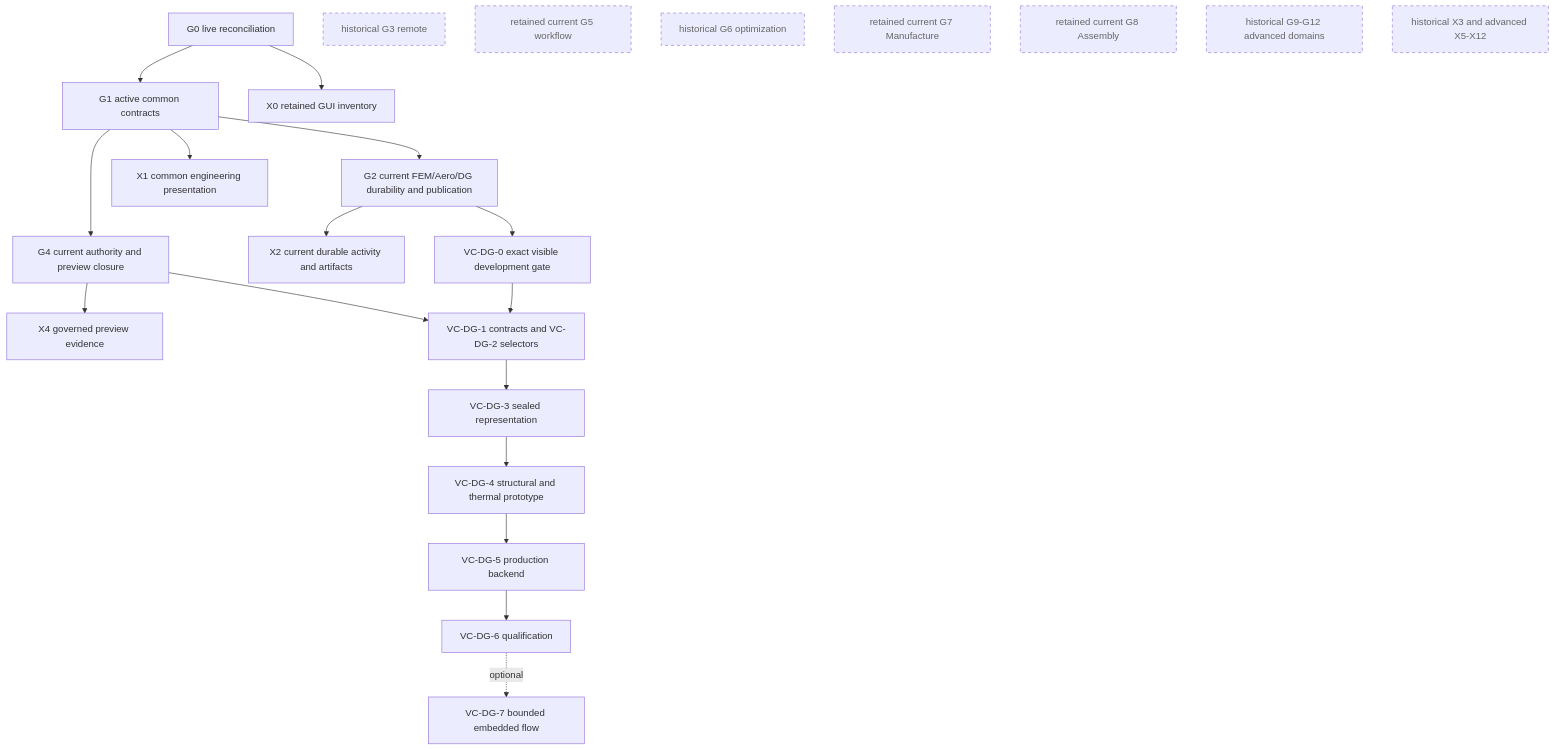
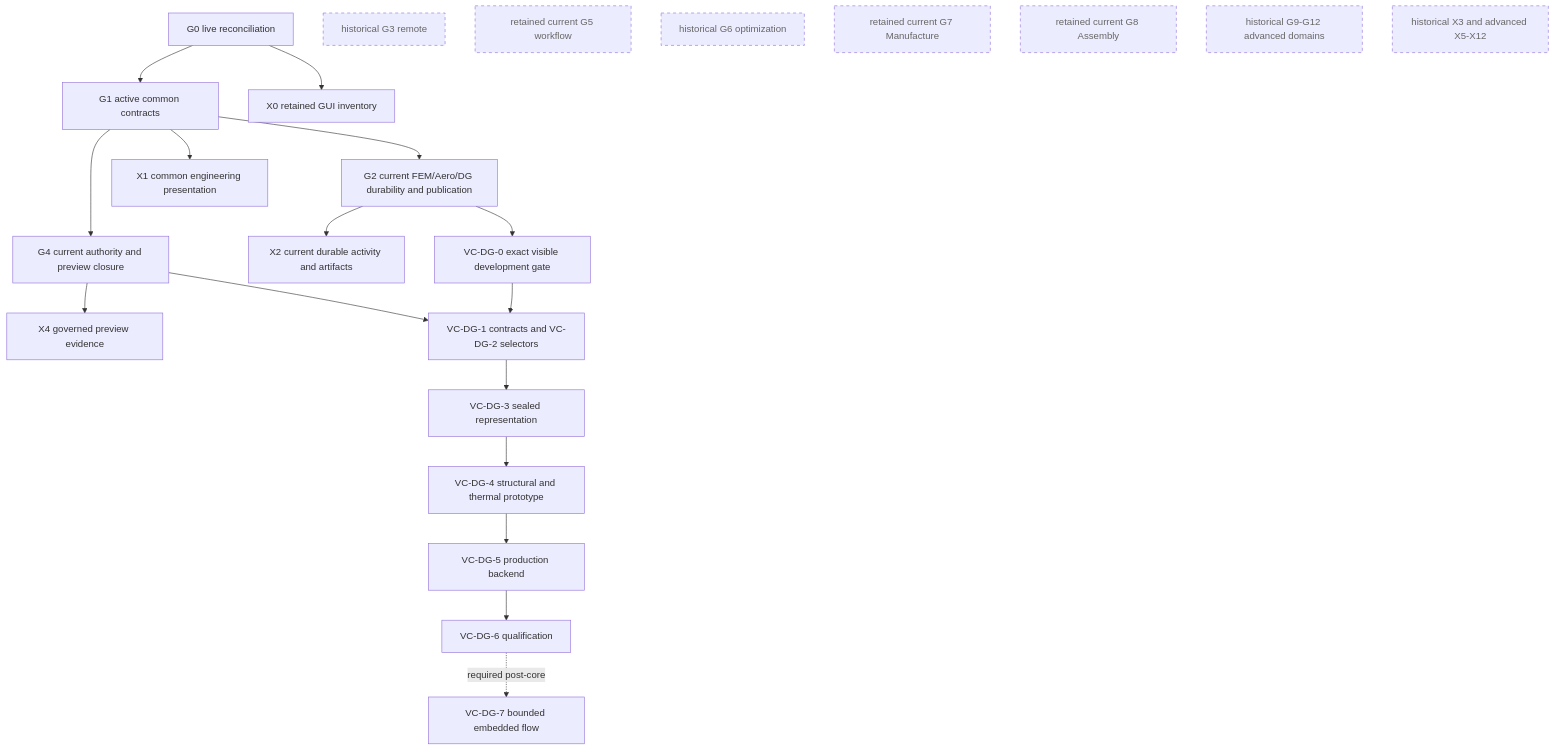
The diagram in docs/vibecad-governed-engineering-roadmap.md (halthinks/vibecad), drawn with Mermaid before and after one commit. The commit also changed other lines of this file and 4 other files, not shown here.

Commit message:
docs(roadmap): require post-core VC-DG-7

````diff
--- a/docs/vibecad-governed-engineering-roadmap.md
+++ b/docs/vibecad-governed-engineering-roadmap.md
@@ -473,26 +485,26 @@
 ```mermaid
 flowchart TD
     G0[G0 live reconciliation] --> G1[G1 active common contracts]
     G1 --> G2[G2 current FEM/Aero/DG durability and publication]
     G1 --> G4[G4 current authority and preview closure]
     G0 --> X0[X0 retained GUI inventory]
     G1 --> X1[X1 common engineering presentation]
     G2 --> X2[X2 current durable activity and artifacts]
     G4 --> X4[X4 governed preview evidence]
     G2 --> DG0[VC-DG-0 exact visible development gate]
     G4 --> DG1[VC-DG-1 contracts and VC-DG-2 selectors]
     DG0 --> DG1
     DG1 --> DG3[VC-DG-3 sealed representation]
     DG3 --> DG4[VC-DG-4 structural and thermal prototype]
     DG4 --> DG5[VC-DG-5 production backend]
     DG5 --> DG6[VC-DG-6 qualification]
-    DG6 -. optional .-> DG7[VC-DG-7 bounded embedded flow]
+    DG6 -. required post-core .-> DG7[VC-DG-7 bounded embedded flow]
     G3[historical G3 remote]:::historical
     G5[retained current G5 workflow]:::historical
     G6[historical G6 optimization]:::historical
     G7[retained current G7 Manufacture]:::historical
     G8[retained current G8 Assembly]:::historical
     G9[historical G9-G12 advanced domains]:::historical
     XH[historical X3 and advanced X5-X12]:::historical
     classDef historical stroke-dasharray: 5 5,color:#666;
 ```
````
